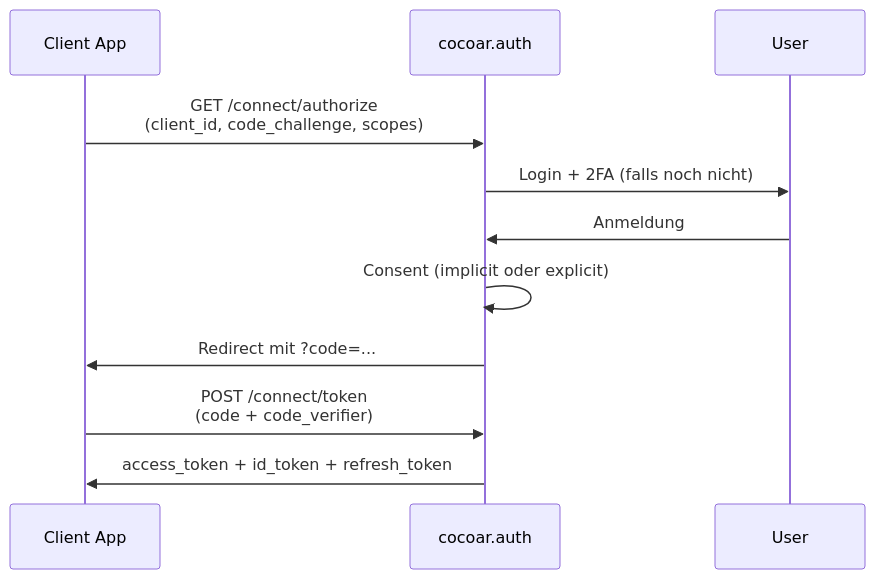
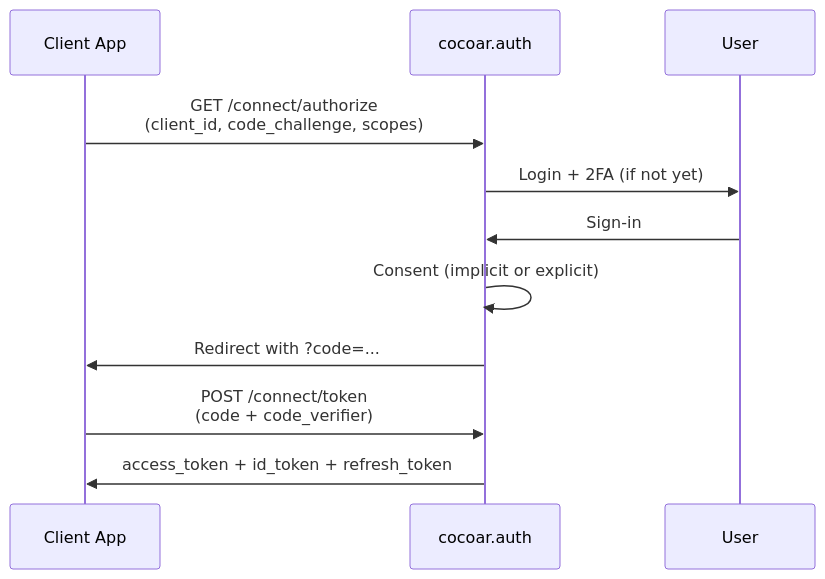
Before and after one commit to cocoar-dev/modgud: the diagram in website/concepts/oauth.md, drawn with Mermaid. The commit also changed other lines of this file and 33 other files, not shown here.

````diff
--- a/website/concepts/oauth.md
+++ b/website/concepts/oauth.md
@@ -31,13 +31,13 @@
 ```mermaid
 sequenceDiagram
     participant App as Client App
     participant Auth as cocoar.auth
     participant User
     App->>Auth: GET /connect/authorize<br/>(client_id, code_challenge, scopes)
-    Auth->>User: Login + 2FA (falls noch nicht)
-    User->>Auth: Anmeldung
-    Auth->>Auth: Consent (implicit oder explicit)
-    Auth->>App: Redirect mit ?code=...
+    Auth->>User: Login + 2FA (if not yet)
+    User->>Auth: Sign-in
+    Auth->>Auth: Consent (implicit or explicit)
+    Auth->>App: Redirect with ?code=...
     App->>Auth: POST /connect/token<br/>(code + code_verifier)
     Auth->>App: access_token + id_token + refresh_token
 ```
````
